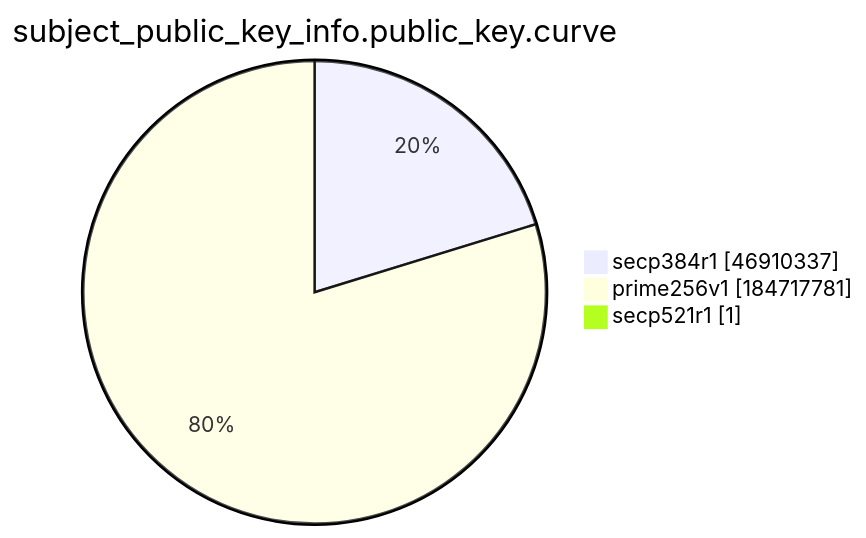
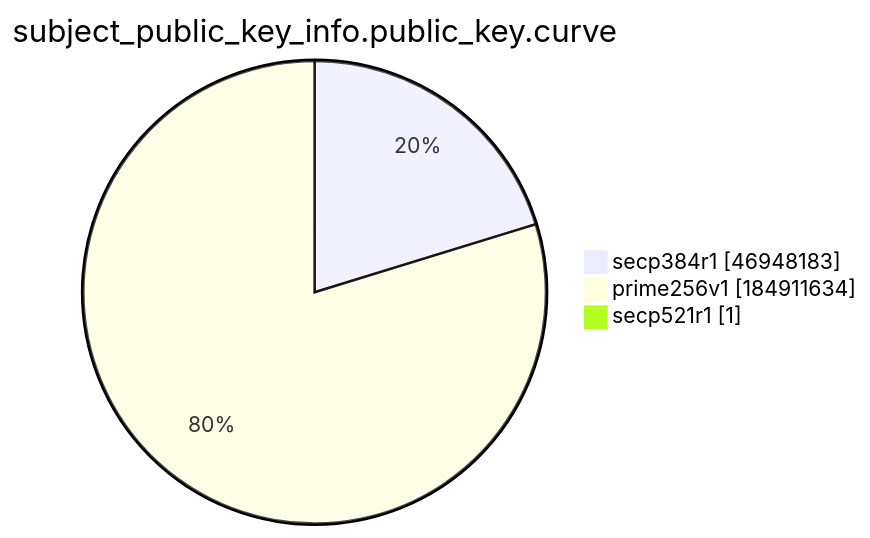
One commit to christiankrug/ctmonitor_visualization changed the ninth of 15 diagrams in xenon2022/README.md. Above: the diagram before and after it, drawn with Mermaid. The commit also changed other lines of this file, not shown here.

````diff
--- a/xenon2022/README.md
+++ b/xenon2022/README.md
@@ -2874,7 +2874,7 @@
 ```mermaid
 pie showData
 title subject_public_key_info.public_key.curve
-"secp384r1" :46910337
-"prime256v1" :184717781
+"secp384r1" :46948183
+"prime256v1" :184911634
 "secp521r1" :1
 ```
````
